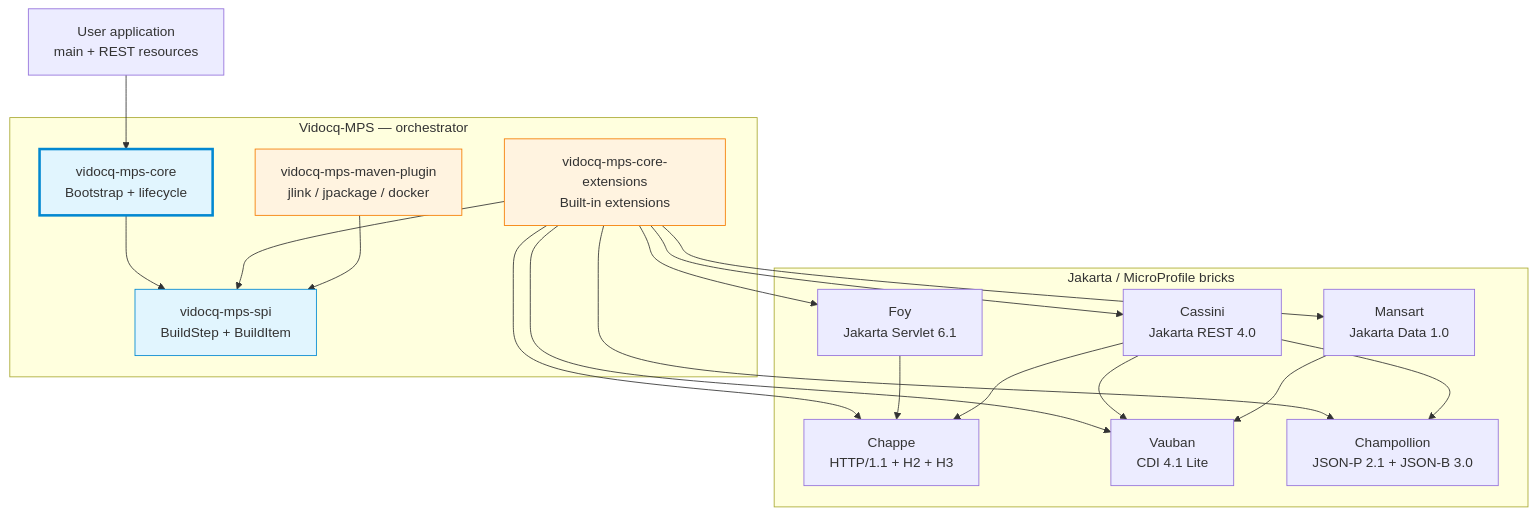
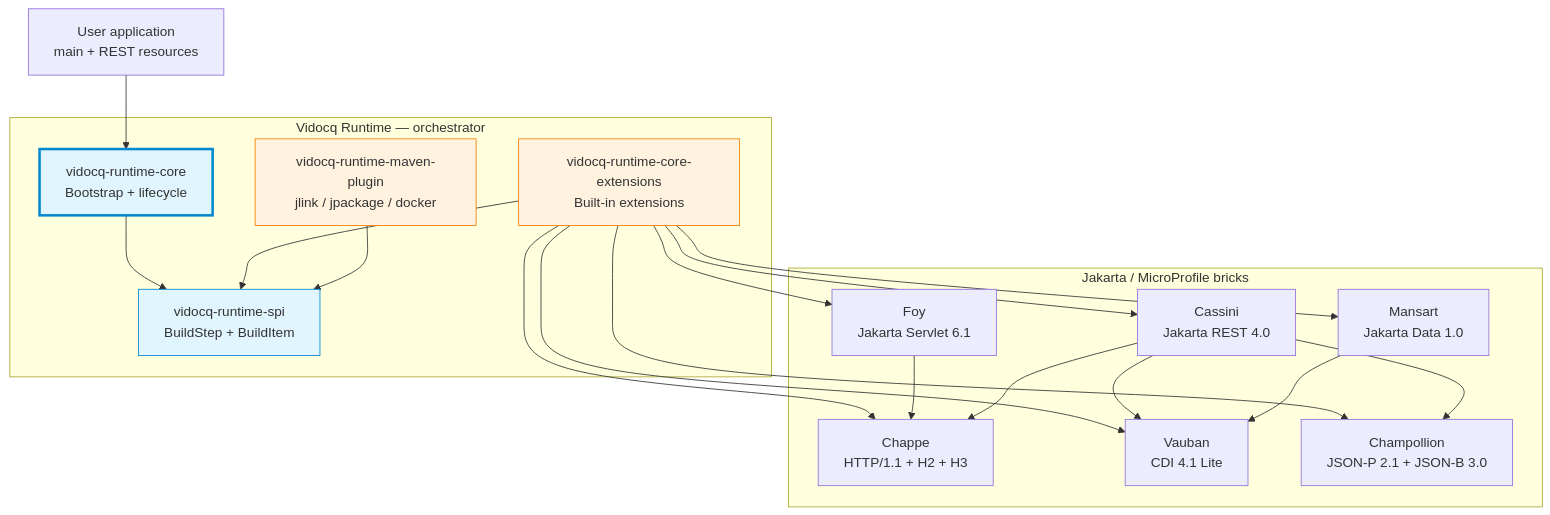
The diagram in docs/en/modules/ROOT/pages/index.adoc (vidocq-stack/vidocq), drawn with Mermaid before and after one commit. The commit also changed other lines of this file and 330 other files, not shown here.

First line of the commit message:
refactor: rename vidocq-mps → vidocq, package io.vidocq.runtime

```diff
--- a/docs/en/modules/ROOT/pages/index.adoc
+++ b/docs/en/modules/ROOT/pages/index.adoc
@@ -45,44 +45,44 @@
 [mermaid]
 ....
 graph TB
-    subgraph "Vidocq-MPS — orchestrator"
-        MPS[vidocq-mps-core<br/>Bootstrap + lifecycle]
-        SPI[vidocq-mps-spi<br/>BuildStep + BuildItem]
-        EXT[vidocq-mps-core-extensions<br/>Built-in extensions]
-        PLUGIN[vidocq-mps-maven-plugin<br/>jlink / jpackage / docker]
+    subgraph "Vidocq Runtime — orchestrator"
+        MPS[vidocq-runtime-core<br/>Bootstrap + lifecycle]
+        SPI[vidocq-runtime-spi<br/>BuildStep + BuildItem]
+        EXT[vidocq-runtime-core-extensions<br/>Built-in extensions]
+        PLUGIN[vidocq-runtime-maven-plugin<br/>jlink / jpackage / docker]
     end
 
     subgraph "Jakarta / MicroProfile bricks"
         CHAPPE[Chappe<br/>HTTP/1.1 + H2 + H3]
         FOY[Foy<br/>Jakarta Servlet 6.1]
         CASSINI[Cassini<br/>Jakarta REST 4.0]
         VAUBAN[Vauban<br/>CDI 4.1 Lite]
         CHAMPOLLION[Champollion<br/>JSON-P 2.1 + JSON-B 3.0]
         MANSART[Mansart<br/>Jakarta Data 1.0]
     end
 
     APP[User application<br/>main + REST resources]
 
     APP --> MPS
     MPS --> SPI
     EXT --> SPI
     PLUGIN --> SPI
 
     EXT --> CHAPPE
     EXT --> VAUBAN
     EXT --> CHAMPOLLION
     EXT --> FOY
     EXT --> CASSINI
     EXT --> MANSART
 
     FOY --> CHAPPE
     CASSINI --> CHAPPE
     CASSINI --> VAUBAN
     CASSINI --> CHAMPOLLION
     MANSART --> VAUBAN
 
     style MPS fill:#e1f5fe,stroke:#0288d1,stroke-width:3px
     style SPI fill:#e1f5fe,stroke:#0288d1
     style EXT fill:#fff3e0,stroke:#f57c00
     style PLUGIN fill:#fff3e0,stroke:#f57c00
 ....
```
